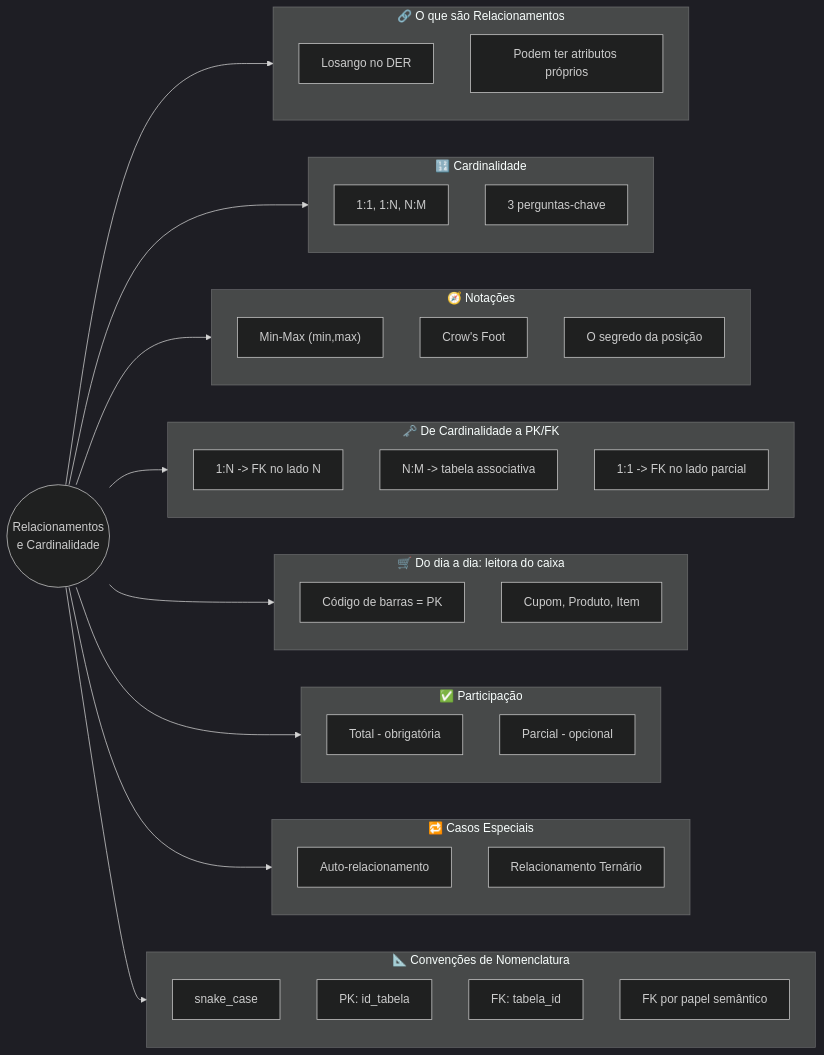
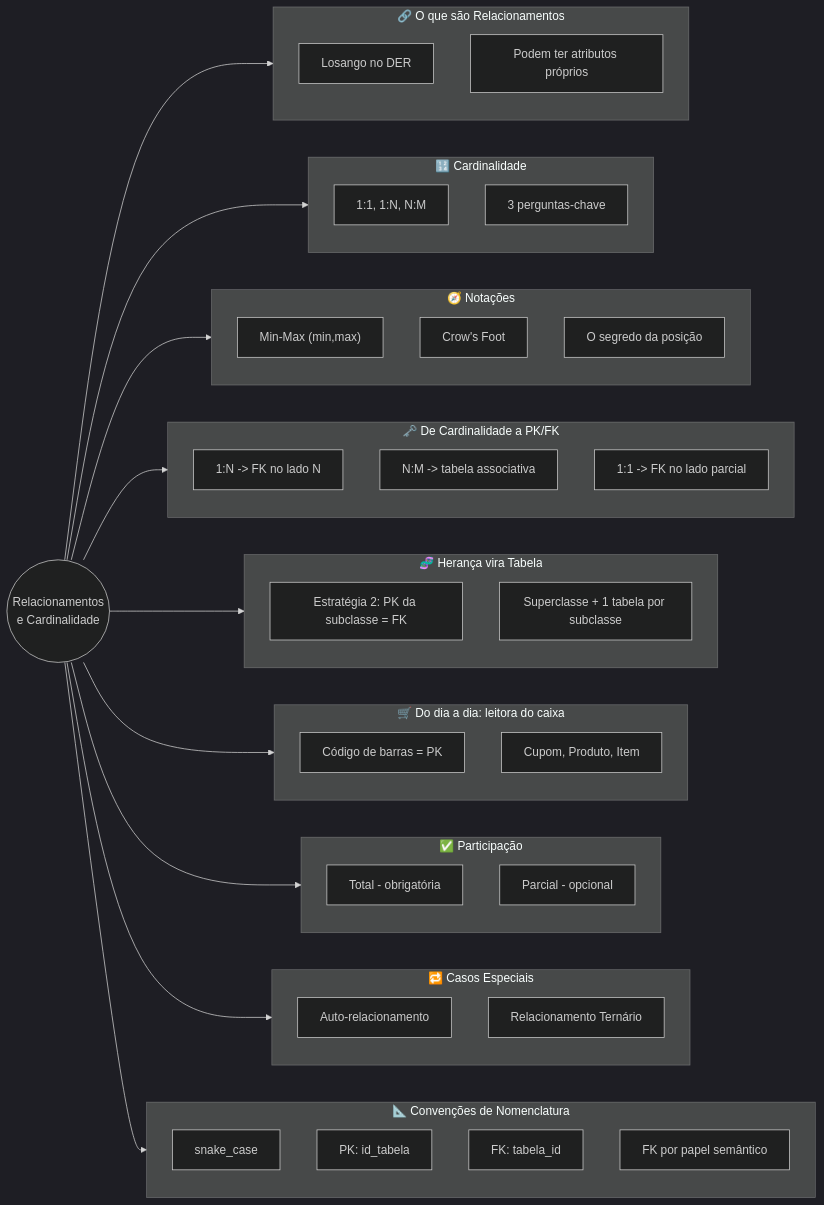
One commit to GTI-Fatec-Jahu/BDA-GTI-2026-2 changed the first of 13 diagrams in docs/aulas/Aula_03_Relacionamentos_Cardinalidade.md. Above: the diagram before and after it, drawn with Mermaid (dark theme). The commit also changed other lines of this file and 8 other files, not shown here.

First line of the commit message:
Integra temas da antiga Aula 4 (Modelo Lógico/PK/FK) na Aula 03 e adiciona prática de dbdiagram.io

````diff
--- a/docs/aulas/Aula_03_Relacionamentos_Cardinalidade.md
+++ b/docs/aulas/Aula_03_Relacionamentos_Cardinalidade.md
@@ -25,64 +26,71 @@
 ```mermaid
 flowchart LR
     ROOT(("Relacionamentos<br/>e Cardinalidade"))
 
     ROOT --> T1
     subgraph T1["🔗 O que são Relacionamentos"]
         direction TB
         T1A["Losango no DER"]
         T1B["Podem ter atributos próprios"]
     end
 
     ROOT --> T2
     subgraph T2["🔢 Cardinalidade"]
         direction TB
         T2A["1:1, 1:N, N:M"]
         T2B["3 perguntas-chave"]
     end
 
     ROOT --> T3
     subgraph T3["🧭 Notações"]
         direction TB
         T3A["Min-Max (min,max)"]
         T3B["Crow's Foot"]
         T3C["O segredo da posição"]
     end
 
     ROOT --> T4
     subgraph T4["🗝️ De Cardinalidade a PK/FK"]
         direction TB
         T4A["1:N -> FK no lado N"]
         T4B["N:M -> tabela associativa"]
         T4C["1:1 -> FK no lado parcial"]
     end
 
     ROOT --> T5
-    subgraph T5["🛒 Do dia a dia: leitora do caixa"]
+    subgraph T5["🧬 Herança vira Tabela"]
         direction TB
-        T5A["Código de barras = PK"]
-        T5B["Cupom, Produto, Item"]
+        T5A["Estratégia 2: PK da subclasse = FK"]
+        T5B["Superclasse + 1 tabela por subclasse"]
     end
 
     ROOT --> T6
-    subgraph T6["✅ Participação"]
+    subgraph T6["🛒 Do dia a dia: leitora do caixa"]
         direction TB
-        T6A["Total - obrigatória"]
-        T6B["Parcial - opcional"]
+        T6A["Código de barras = PK"]
+        T6B["Cupom, Produto, Item"]
     end
 
     ROOT --> T7
-    subgraph T7["🔁 Casos Especiais"]
+    subgraph T7["✅ Participação"]
         direction TB
-        T7A["Auto-relacionamento"]
-        T7B["Relacionamento Ternário"]
+        T7A["Total - obrigatória"]
+        T7B["Parcial - opcional"]
     end
 
     ROOT --> T8
-    subgraph T8["📐 Convenções de Nomenclatura"]
+    subgraph T8["🔁 Casos Especiais"]
         direction TB
-        T8A["snake_case"]
-        T8B["PK: id_tabela"]
-        T8C["FK: tabela_id"]
-        T8D["FK por papel semântico"]
+        T8A["Auto-relacionamento"]
+        T8B["Relacionamento Ternário"]
+    end
+
+    ROOT --> T9
+    subgraph T9["📐 Convenções de Nomenclatura"]
+        direction TB
+        T9A["snake_case"]
+        T9B["PK: id_tabela"]
+        T9C["FK: tabela_id"]
+        T9D["FK por papel semântico"]
     end
 ```
````
